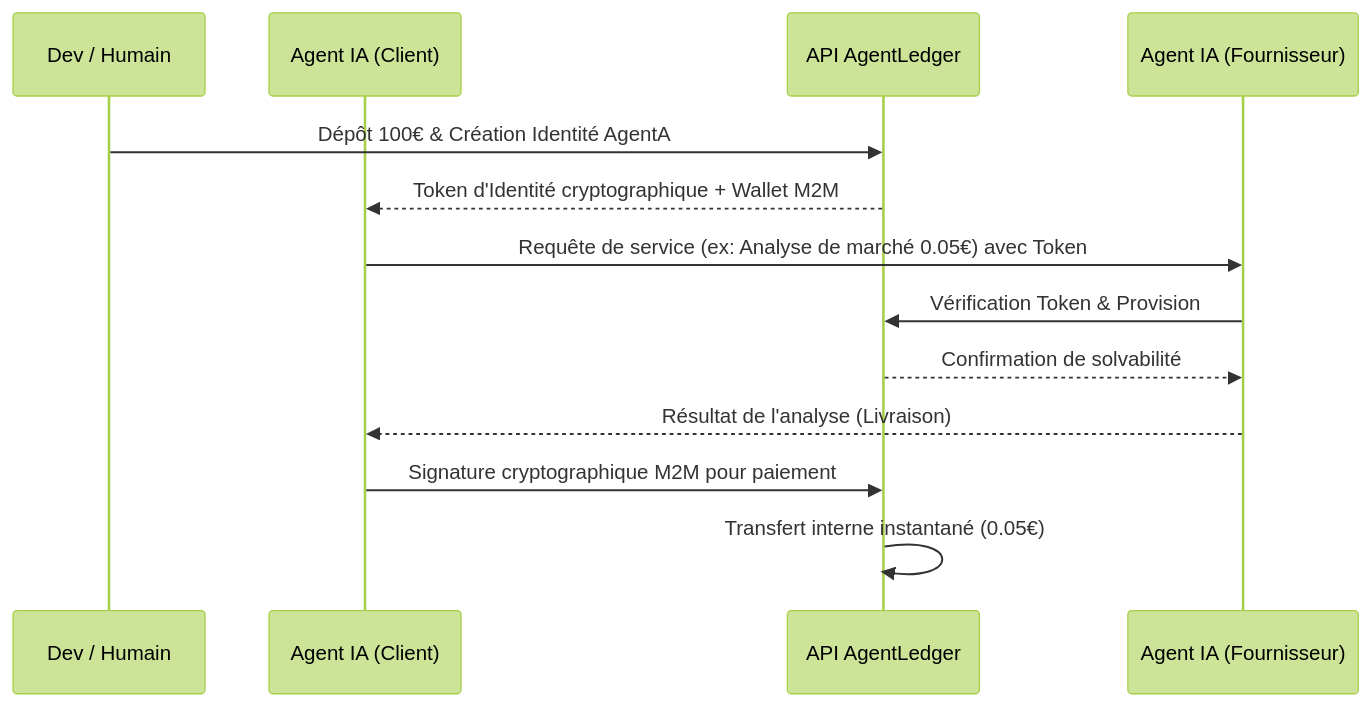
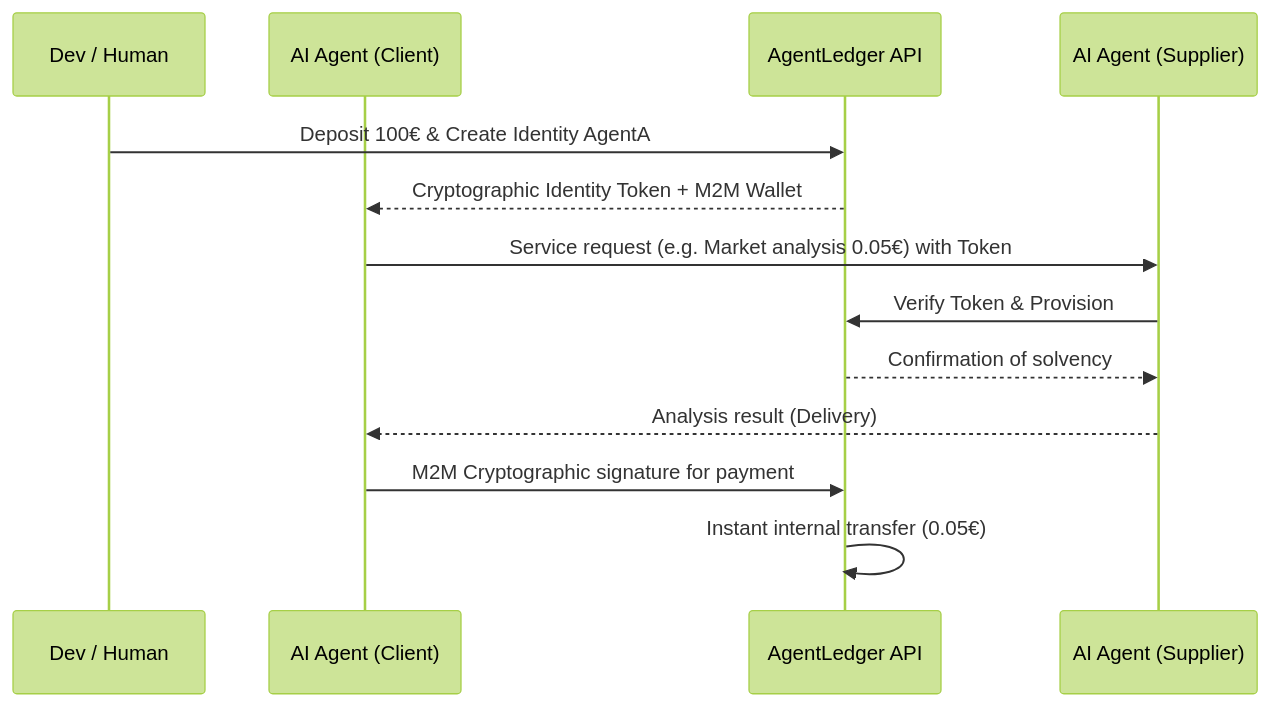
The second of 2 diagrams in ideas/agentledger/README.md (flouzzy/top-100-ai-startup-ideas), drawn with Mermaid (forest theme) before and after one commit. The commit also changed other lines of this file and 21 other files, not shown here.

````diff
--- a/ideas/agentledger/README.md
+++ b/ideas/agentledger/README.md
@@ -38,17 +40,17 @@
 ```mermaid
 sequenceDiagram
-    %% Schéma d'interaction entre l'utilisateur, l'IA et le système financier AgentLedger
-    participant User as Dev / Humain
-    participant AgentA as Agent IA (Client)
-    participant AgentLedger as API AgentLedger
-    participant AgentB as Agent IA (Fournisseur)
+    %% Interaction diagram between user, AI, and AgentLedger financial system
+    participant User as Dev / Human
+    participant AgentA as AI Agent (Client)
+    participant AgentLedger as AgentLedger API
+    participant AgentB as AI Agent (Supplier)
 
-    User->>AgentLedger: Dépôt 100€ & Création Identité AgentA
-    AgentLedger-->>AgentA: Token d'Identité cryptographique + Wallet M2M
-    AgentA->>AgentB: Requête de service (ex: Analyse de marché 0.05€) avec Token
-    AgentB->>AgentLedger: Vérification Token & Provision
-    AgentLedger-->>AgentB: Confirmation de solvabilité
-    AgentB-->>AgentA: Résultat de l'analyse (Livraison)
-    AgentA->>AgentLedger: Signature cryptographique M2M pour paiement
-    AgentLedger->>AgentLedger: Transfert interne instantané (0.05€)
+    User->>AgentLedger: Deposit 100€ & Create Identity AgentA
+    AgentLedger-->>AgentA: Cryptographic Identity Token + M2M Wallet
+    AgentA->>AgentB: Service request (e.g. Market analysis 0.05€) with Token
+    AgentB->>AgentLedger: Verify Token & Provision
+    AgentLedger-->>AgentB: Confirmation of solvency
+    AgentB-->>AgentA: Analysis result (Delivery)
+    AgentA->>AgentLedger: M2M Cryptographic signature for payment
+    AgentLedger->>AgentLedger: Instant internal transfer (0.05€)
 ```
````
